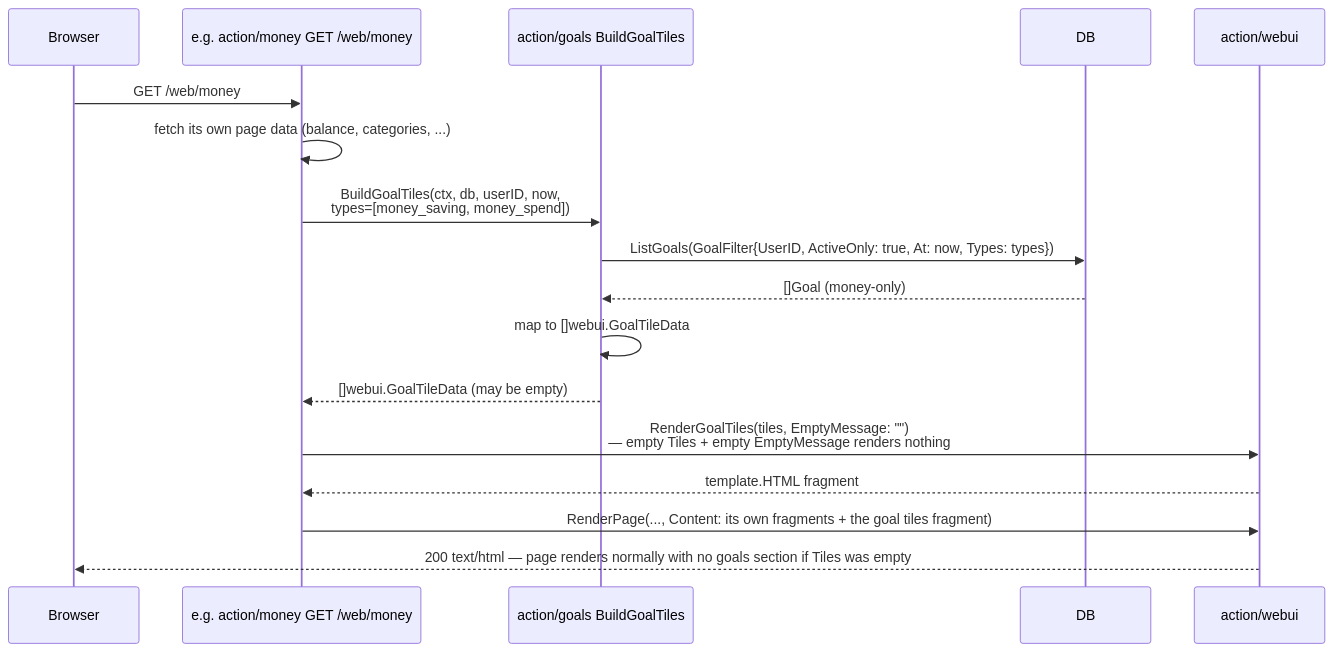
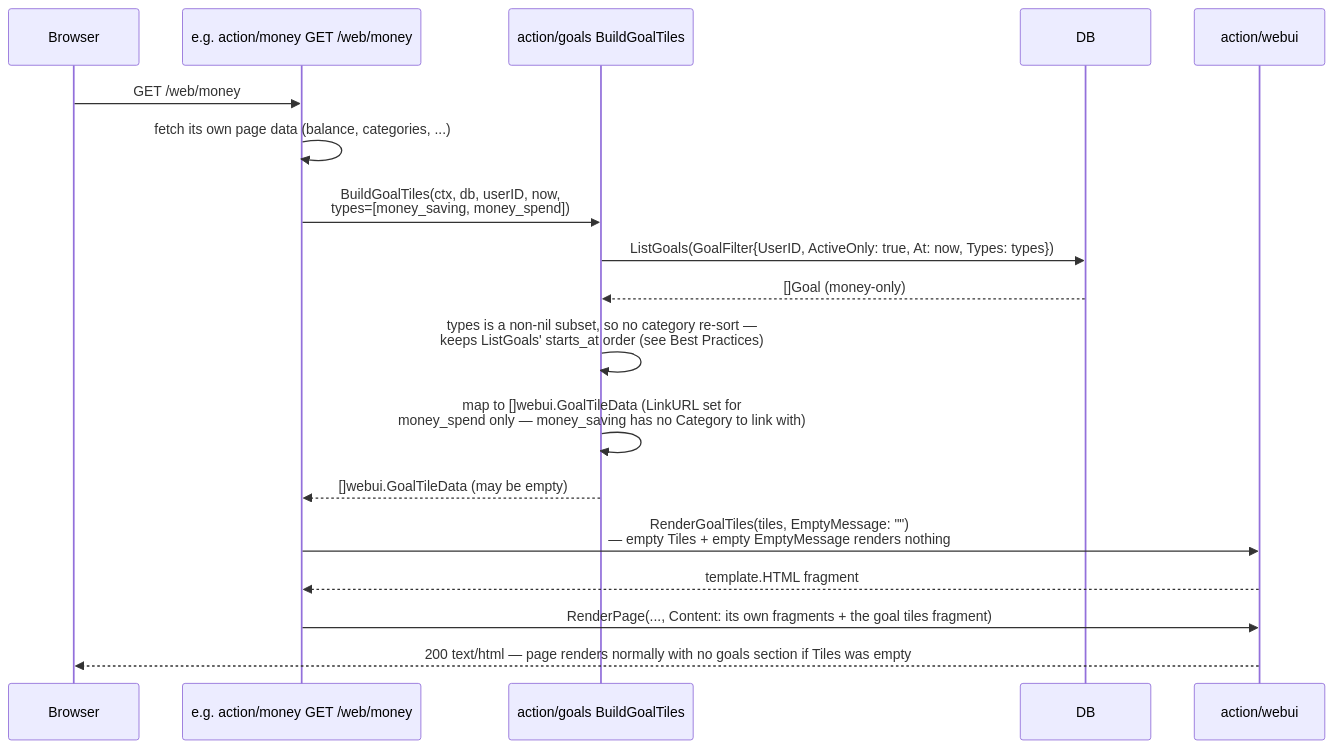
One commit to rusinikita/personal changed the tenth of 10 diagrams in docs/functions/goals-spec.md. Above: the diagram before and after it, drawn with Mermaid. The commit also changed other lines of this file and 7 other files, not shown here.

First line of the commit message:
feat(goals): style e-ink goal cards, add category sort and drill-down links

````diff
--- a/docs/functions/goals-spec.md
+++ b/docs/functions/goals-spec.md
@@ -336,20 +339,21 @@
 ```mermaid
 sequenceDiagram
     participant Browser
     participant Handler as e.g. action/money GET /web/money
     participant Goals as action/goals BuildGoalTiles
     participant DB
     participant Webui as action/webui
 
     Browser->>Handler: GET /web/money
     Handler->>Handler: fetch its own page data (balance, categories, ...)
     Handler->>Goals: BuildGoalTiles(ctx, db, userID, now,<br/>types=[money_saving, money_spend])
     Goals->>DB: ListGoals(GoalFilter{UserID, ActiveOnly: true, At: now, Types: types})
     DB-->>Goals: []Goal (money-only)
-    Goals->>Goals: map to []webui.GoalTileData
+    Goals->>Goals: types is a non-nil subset, so no category re-sort —<br/>keeps ListGoals' starts_at order (see Best Practices)
+    Goals->>Goals: map to []webui.GoalTileData (LinkURL set for<br/>money_spend only — money_saving has no Category to link with)
     Goals-->>Handler: []webui.GoalTileData (may be empty)
     Handler->>Webui: RenderGoalTiles(tiles, EmptyMessage: "")<br/>— empty Tiles + empty EmptyMessage renders nothing
     Webui-->>Handler: template.HTML fragment
     Handler->>Webui: RenderPage(..., Content: its own fragments + the goal tiles fragment)
     Webui-->>Browser: 200 text/html — page renders normally with no goals section if Tiles was empty
 ```
````
